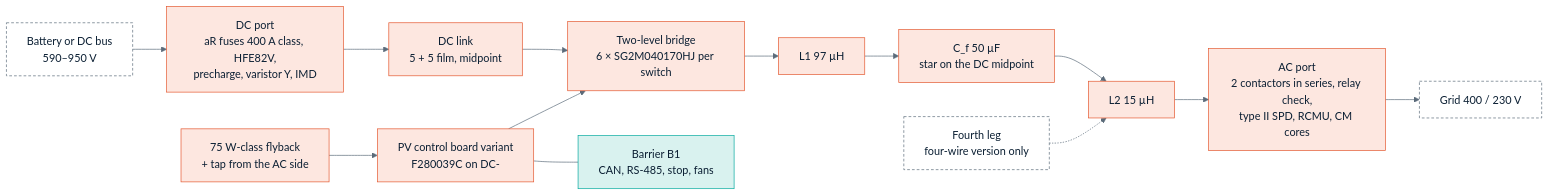
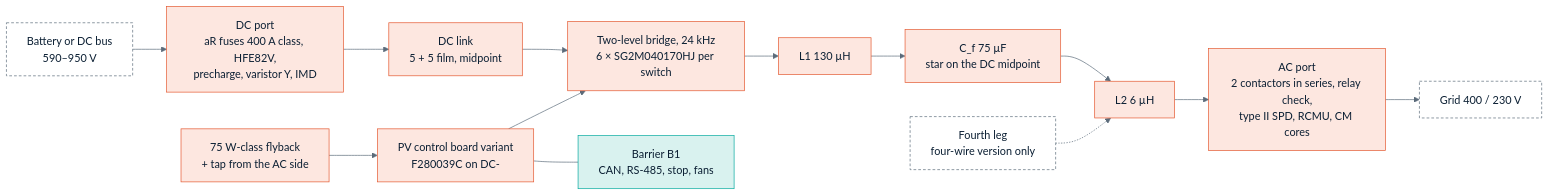
One commit to vectivolt/PCM changed the diagram in docs/guide/09-pcs-p125.md. Above: the diagram before and after it, drawn with Mermaid. The commit also changed other lines of this file and 22 other files, not shown here.

````diff
--- a/docs/guide/09-pcs-p125.md
+++ b/docs/guide/09-pcs-p125.md
@@ -105,19 +132,19 @@
 ```mermaid
 %%{init: {"theme": "base", "themeVariables": {"primaryColor": "#EEF3F7", "primaryBorderColor": "#0B1F33", "primaryTextColor": "#0B1F33", "lineColor": "#5B6B7A", "secondaryColor": "#D9F2EF", "tertiaryColor": "#FFF4D6", "fontFamily": "Inter, Helvetica, Arial, sans-serif"}}}%%
 flowchart LR
     BAT["Battery or DC bus<br/>590–950 V"]:::ext --> DCP["DC port<br/>aR fuses 400 A class, HFE82V,<br/>precharge, varistor Y, IMD"]:::live
     DCP --> LINK["DC link<br/>5 + 5 film, midpoint"]:::live
-    LINK --> BR["Two-level bridge<br/>6 × SG2M040170HJ per switch"]:::live
-    BR --> L1["L1 97 µH"]:::live
-    L1 --> CF["C_f 50 µF<br/>star on the DC midpoint"]:::live
-    CF --> L2["L2 15 µH"]:::live
+    LINK --> BR["Two-level bridge, 24 kHz<br/>6 × SG2M040170HJ per switch"]:::live
+    BR --> L1["L1 130 µH"]:::live
+    L1 --> CF["C_f 75 µF<br/>star on the DC midpoint"]:::live
+    CF --> L2["L2 6 µH"]:::live
     L2 --> ACP["AC port<br/>2 contactors in series, relay check,<br/>type II SPD, RCMU, CM cores"]:::live
     ACP --> GRID["Grid 400 / 230 V"]:::ext
     CTL["PV control board variant<br/>F280039C on DC-"]:::live --> BR
     AUX["75 W-class flyback<br/>+ tap from the AC side"]:::live --> CTL
     CTL --- B1["Barrier B1<br/>CAN, RS-485, stop, fans"]:::selv
     N4["Fourth leg<br/>four-wire version only"]:::ext -.-> L2
     classDef live fill:#FDE7E0,stroke:#E4572E,color:#0B1F33
     classDef selv fill:#D9F2EF,stroke:#00A99D,color:#0B1F33
     classDef ext fill:#FFFFFF,stroke:#5B6B7A,stroke-dasharray:4 3
 ```
````
